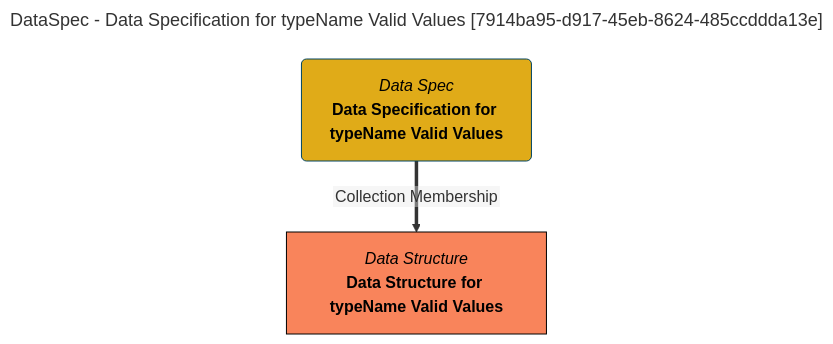
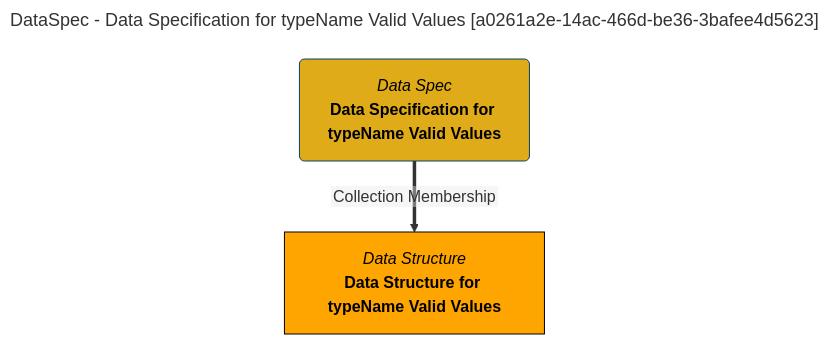
Before and after one commit to odpi/egeria-docs: the diagram in site/snippets/collections/data-specs/data-specification-for-typename-valid-values-mermaid-graph.md, drawn with Mermaid. The commit also changed 2201 other files, not shown here.

````diff
--- a/site/snippets/collections/data-specs/data-specification-for-typename-valid-values-mermaid-graph.md
+++ b/site/snippets/collections/data-specs/data-specification-for-typename-valid-values-mermaid-graph.md
@@ -1,15 +1,15 @@
 ```mermaid
 ---
-title: DataSpec - Data Specification for typeName Valid Values [7914ba95-d917-45eb-8624-485ccddda13e]
+title: DataSpec - Data Specification for typeName Valid Values [a0261a2e-14ac-466d-be36-3bafee4d5623]
 ---
 flowchart TD
 %%{init: {"flowchart": {"htmlLabels": false}} }%%
 
 1@{ shape: rounded, label: "*Data Spec*
 **Data Specification for typeName Valid Values**"}
 2@{ shape: rect, label: "*Data Structure*
 **Data Structure for typeName Valid Values**"}
 1==>|"Collection Membership"|2
 style 1 color:#000000, fill:#e0ab18, stroke:#004563
-style 2 color:#000000, fill:#f9845b, stroke:#000000
+style 2 color:#000000, fill:#FFA500, stroke:#000000
 ```
````
